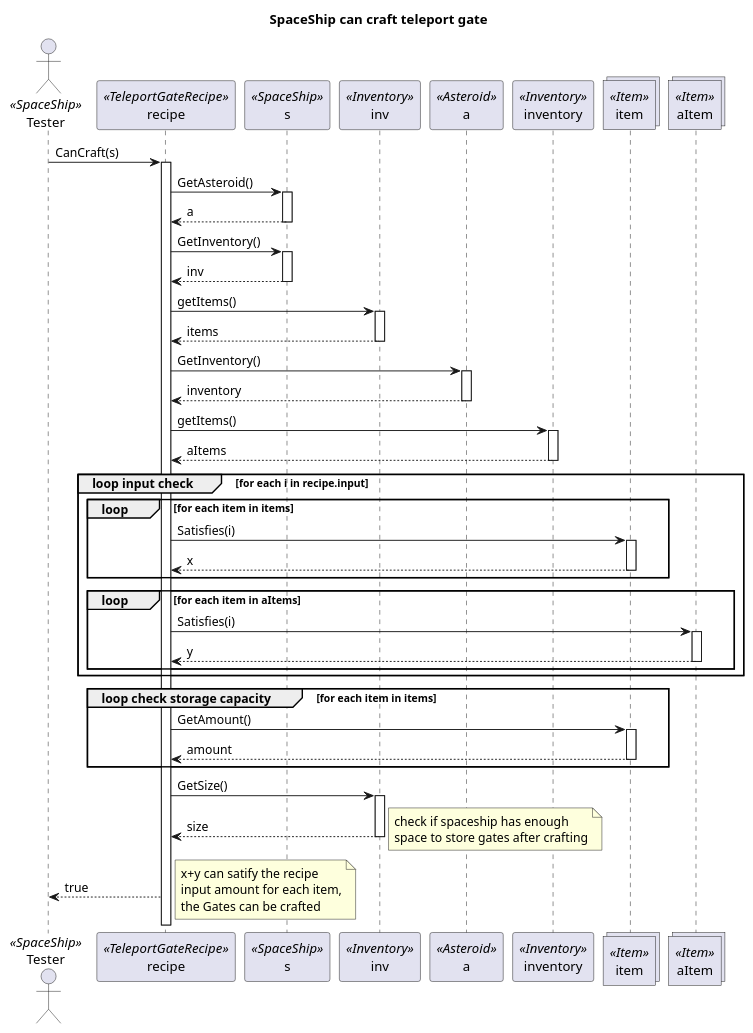
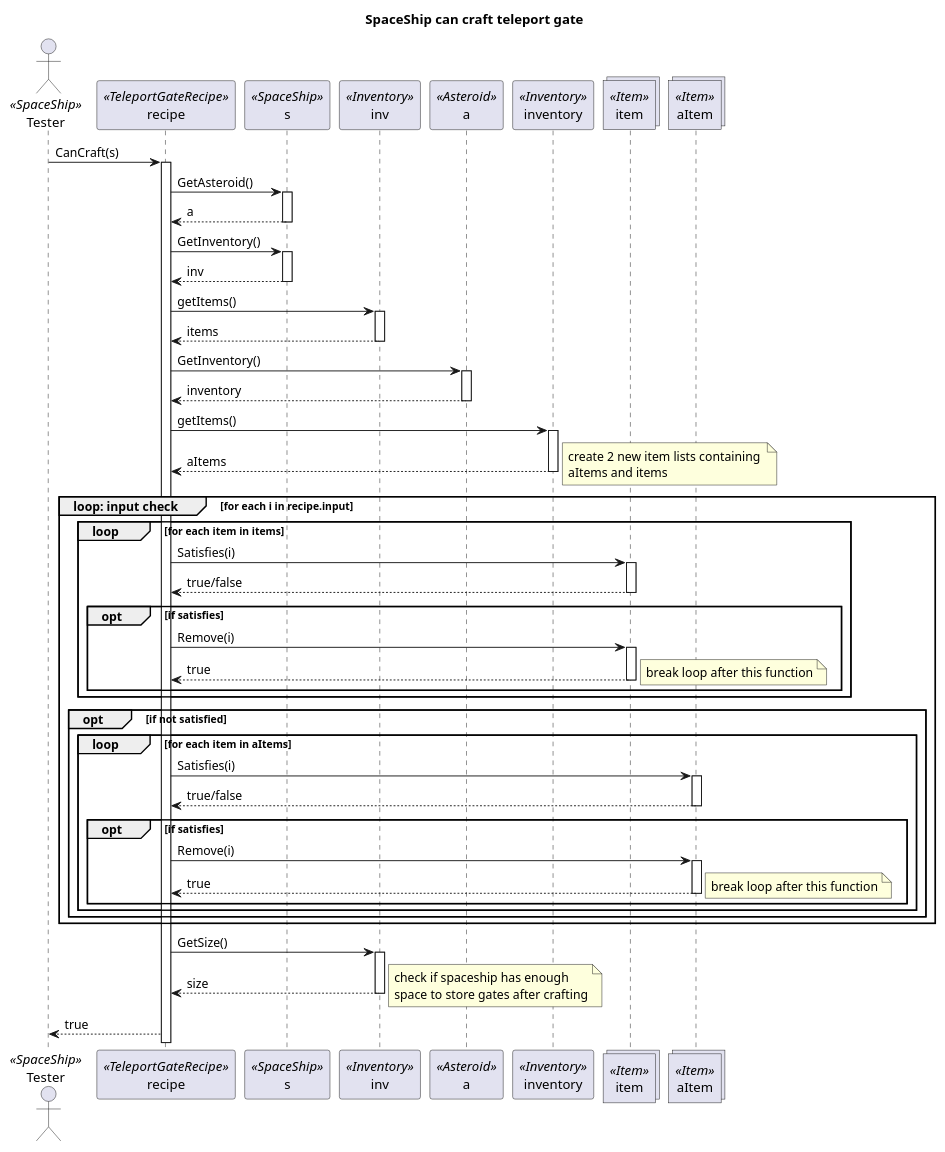
Before and after one commit to viseguard-studios/Documentation: the diagram in docs/bead07/Diagrams/CraftTeleportGate/2.Possible_to_craft_gate.puml, drawn with PlantUML. The commit also changed 6 other files, not shown here.

```diff
--- a/docs/bead07/Diagrams/CraftTeleportGate/2.Possible_to_craft_gate.puml
+++ b/docs/bead07/Diagrams/CraftTeleportGate/2.Possible_to_craft_gate.puml
@@ -1,67 +1,82 @@
 @startuml
 actor Tester as Tester <<SpaceShip>>
 participant recipe as recipe <<TeleportGateRecipe>>
 participant s as s <<SpaceShip>>
 participant inv as inv <<Inventory>>
 participant a as a <<Asteroid>>
 participant inventory as inventory <<Inventory>>
 collections item as item <<Item>>
 collections aItem as aItem <<Item>>
 
 title SpaceShip can craft teleport gate
 
 Tester-> recipe++: CanCraft(s)
 recipe -> s++: GetAsteroid()
 
 s --> recipe--: a
 recipe -> s++: GetInventory()
 
 s --> recipe--: inv
 
 recipe -> inv++: getItems()
 inv --> recipe--: items
 
 recipe -> a++: GetInventory()
 a --> recipe--: inventory
 
 recipe -> inventory++: getItems()
 inventory --> recipe--: aItems
 
-group loop input check[for each i in recipe.input]
+note right
+create 2 new item lists containing 
+aItems and items 
+end note
+
+group loop: input check[for each i in recipe.input]
 
     group loop [for each item in items]
         recipe -> item++: Satisfies(i)
-        item --> recipe--: x
+        item --> recipe--: true/false
+        opt if satisfies
+        recipe -> item++: Remove(i)
+        item --> recipe--: true
+
+        note right
+        break loop after this function
+        end note
+
+        end
     end
 
-    group loop [for each item in aItems]
-        recipe -> aItem++: Satisfies(i)
-        aItem --> recipe--: y
+    opt if not satisfied
+            group loop [for each item in aItems]
+            recipe -> aItem++: Satisfies(i)
+            aItem --> recipe--: true/false
+                opt if satisfies
+                recipe -> aItem++: Remove(i)
+                aItem --> recipe--: true
+
+                note right
+                break loop after this function
+                end note
+
+                end
+            end
     end
+
 end
 
-group loop check storage capacity [for each item in items]
-recipe -> item++: GetAmount()
-item-->recipe--: amount
-end
+
 
 recipe -> inv++: GetSize()
 inv-->recipe--: size
 
 note right
 check if spaceship has enough
 space to store gates after crafting
 end note
 
 recipe --> Tester: true
 
-note right
-x+y can satify the recipe
-input amount for each item,
-the Gates can be crafted
-end note
-
-
-
 
 @enduml
```
